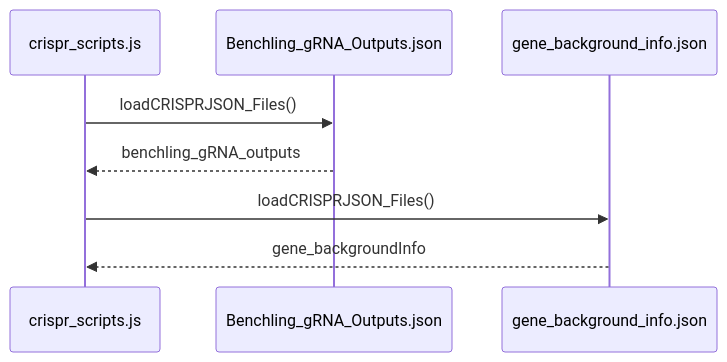
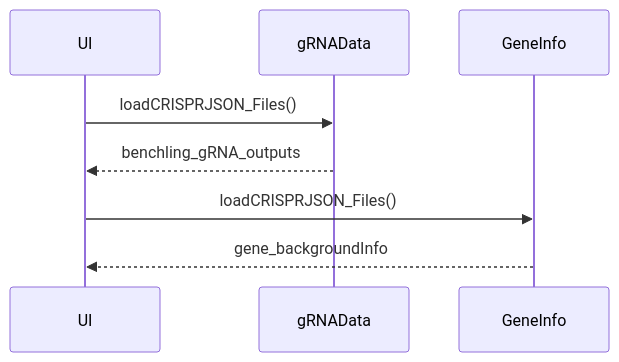
One commit to AlexJSully/SciGrade changed the first of 3 diagrams in docs/guides/marking-algorithm.md. Above: the diagram before and after it, drawn with Mermaid. The commit also changed other lines of this file and 15 other files, not shown here.

````diff
--- a/docs/guides/marking-algorithm.md
+++ b/docs/guides/marking-algorithm.md
@@ -30,7 +23,7 @@
 ```mermaid
 sequenceDiagram
-    crispr_scripts.js->>Benchling_gRNA_Outputs.json: loadCRISPRJSON_Files()
-    Benchling_gRNA_Outputs.json-->>crispr_scripts.js: benchling_gRNA_outputs
-    crispr_scripts.js->>gene_background_info.json: loadCRISPRJSON_Files()
-    gene_background_info.json-->>crispr_scripts.js: gene_backgroundInfo
+ UI->>gRNAData: loadCRISPRJSON_Files()
+ gRNAData-->>UI: benchling_gRNA_outputs
+ UI->>GeneInfo: loadCRISPRJSON_Files()
+ GeneInfo-->>UI: gene_backgroundInfo
 ```
````
